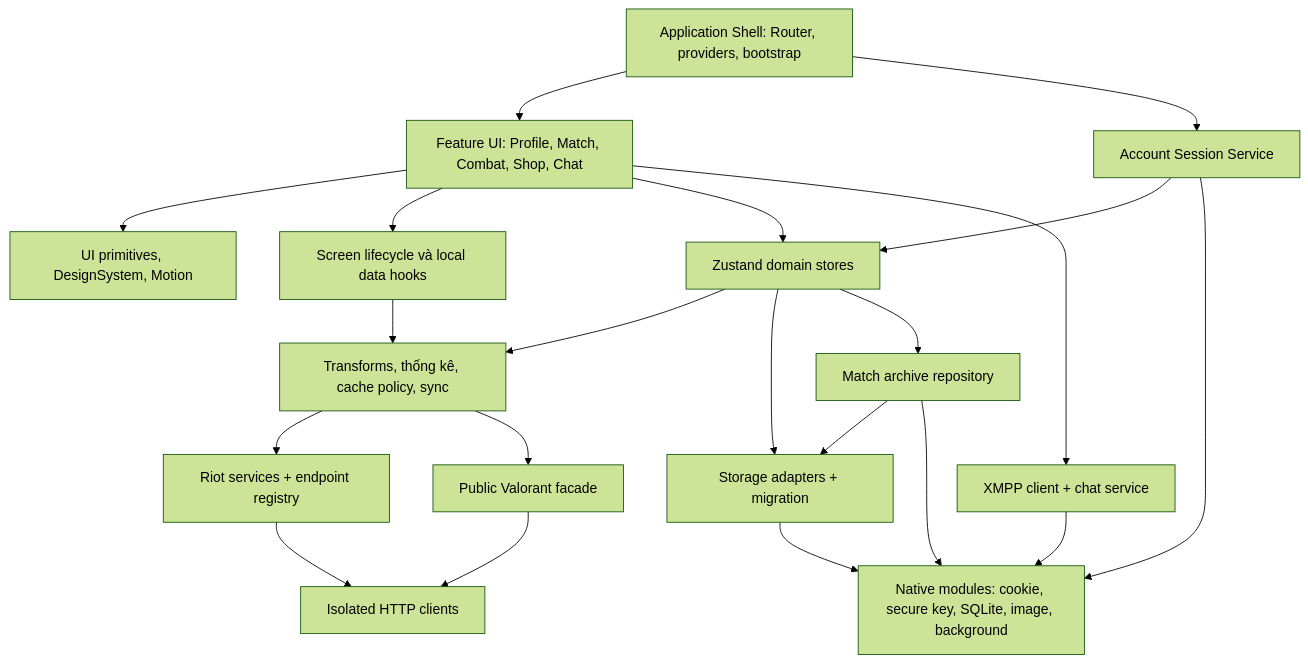
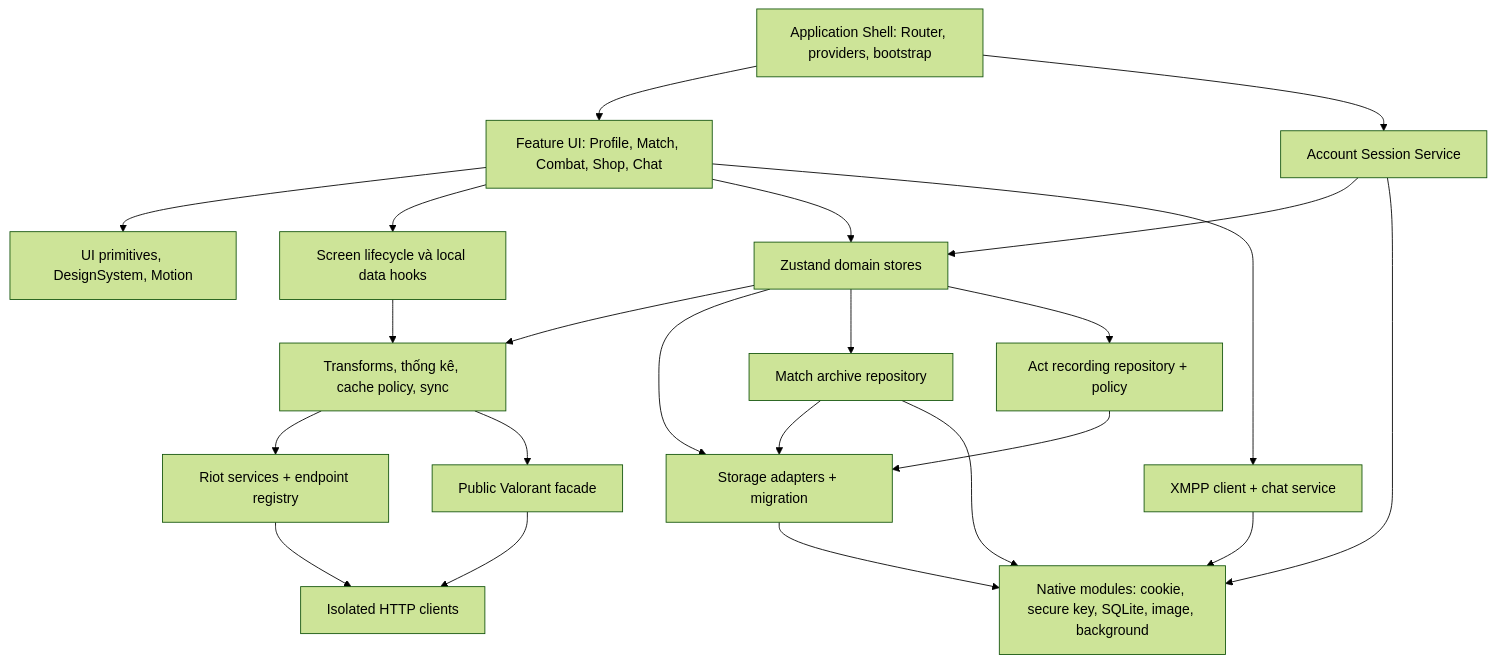
The diagram in markdown/11-component.md (GinzaTech/Vshop), drawn with Mermaid (forest theme) before and after one commit. The commit also changed other lines of this file and 95 other files, not shown here.

````diff
--- a/markdown/11-component.md
+++ b/markdown/11-component.md
@@ -5,37 +5,40 @@
 ```mermaid
 flowchart TB
     Shell[Application Shell: Router, providers, bootstrap]
     UI[Feature UI: Profile, Match, Combat, Shop, Chat]
     Primitives[UI primitives, DesignSystem, Motion]
     Stores[Zustand domain stores]
     Hooks[Screen lifecycle và local data hooks]
     Domain[Transforms, thống kê, cache policy, sync]
     Session[Account Session Service]
     Riot[Riot services + endpoint registry]
     Public[Public Valorant facade]
     HTTP[Isolated HTTP clients]
     Persist[Storage adapters + migration]
     Archive[Match archive repository]
+    Recording[Act recording repository + policy]
     Chat[XMPP client + chat service]
     Native[Native modules: cookie, secure key, SQLite, image, background]
     Shell --> UI
     Shell --> Session
     UI --> Primitives
     UI --> Hooks
     UI --> Stores
     Hooks --> Domain
     Stores --> Domain
     Session --> Stores
     Domain --> Riot
     Domain --> Public
     Riot --> HTTP
     Public --> HTTP
     Stores --> Persist
     Stores --> Archive
+    Stores --> Recording
+    Recording --> Persist
     Archive --> Persist
     Archive --> Native
     Persist --> Native
     Session --> Native
     UI --> Chat
     Chat --> Native
 ```
````
